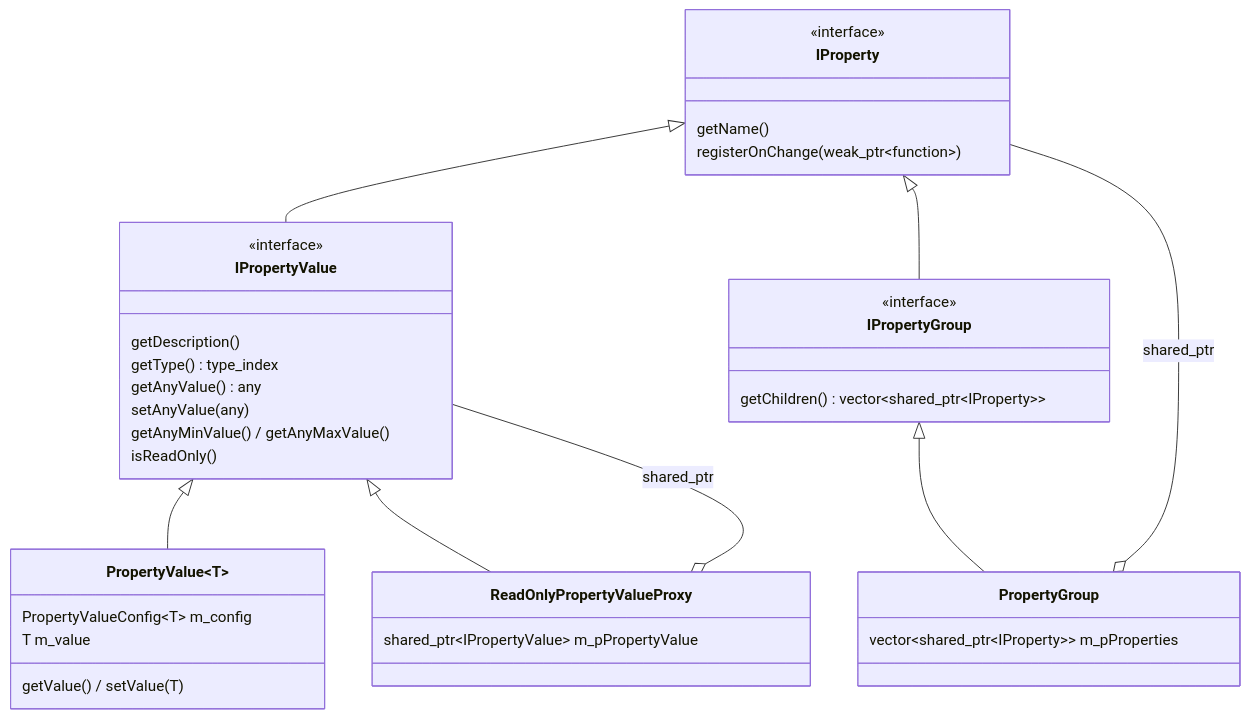
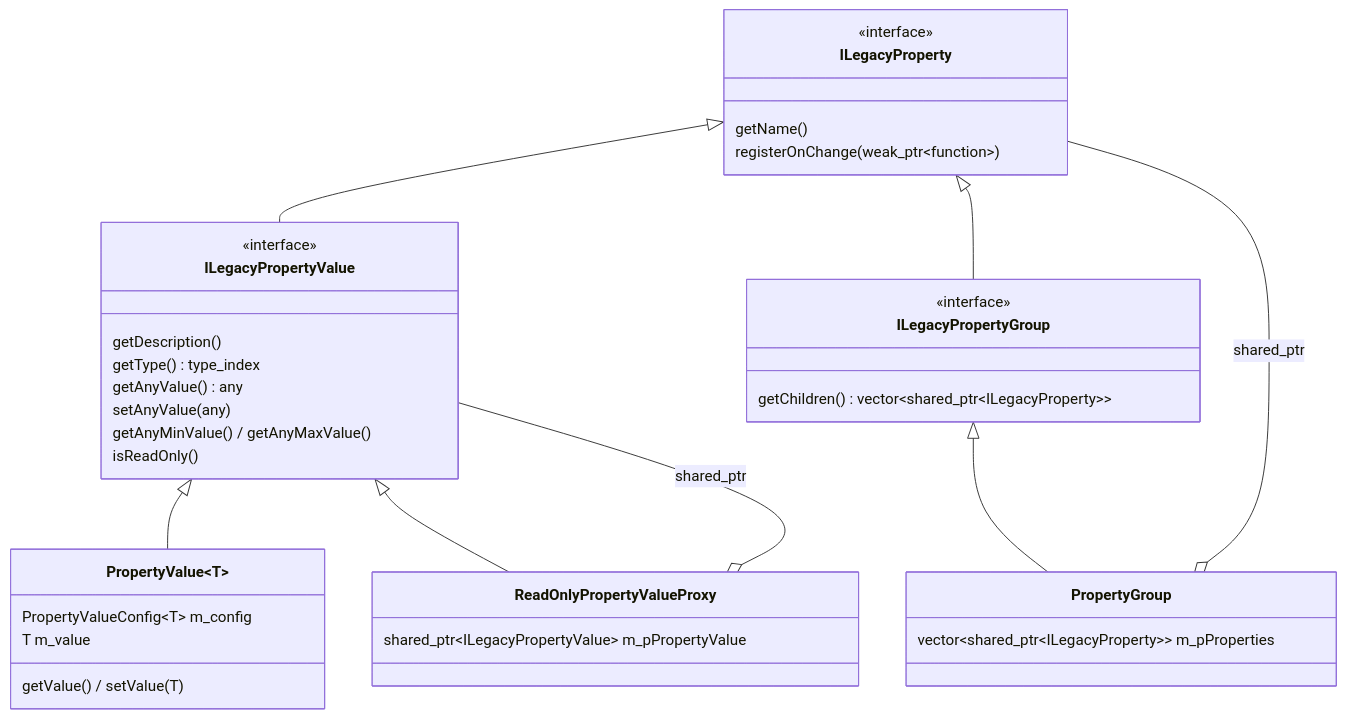
Before and after one commit to lmt-dev-inc/icymoon: the diagram in docs/architecture/properties.md, drawn with Mermaid. The commit also changed other lines of this file and 28 other files, not shown here.

````diff
--- a/docs/architecture/properties.md
+++ b/docs/architecture/properties.md
@@ -35,40 +35,40 @@
 ```mermaid
 classDiagram
     direction TB
-    class IProperty {
+    class ILegacyProperty {
         <<interface>>
         getName()
         registerOnChange(weak_ptr~function~)
     }
-    class IPropertyValue {
+    class ILegacyPropertyValue {
         <<interface>>
         getDescription()
         getType() type_index
         getAnyValue() any
         setAnyValue(any)
         getAnyMinValue() / getAnyMaxValue()
         isReadOnly()
     }
-    class IPropertyGroup {
+    class ILegacyPropertyGroup {
         <<interface>>
-        getChildren() vector~shared_ptr~IProperty~~
+        getChildren() vector~shared_ptr~ILegacyProperty~~
     }
     class PropertyValue~T~ {
         PropertyValueConfig~T~ m_config
         T m_value
         getValue() / setValue(T)
     }
     class ReadOnlyPropertyValueProxy {
-        shared_ptr~IPropertyValue~ m_pPropertyValue
+        shared_ptr~ILegacyPropertyValue~ m_pPropertyValue
     }
     class PropertyGroup {
-        vector~shared_ptr~IProperty~~ m_pProperties
+        vector~shared_ptr~ILegacyProperty~~ m_pProperties
     }
-    IProperty <|-- IPropertyValue
-    IProperty <|-- IPropertyGroup
-    IPropertyValue <|-- PropertyValue~T~
-    IPropertyValue <|-- ReadOnlyPropertyValueProxy
-    IPropertyGroup <|-- PropertyGroup
-    ReadOnlyPropertyValueProxy o-- IPropertyValue : shared_ptr
-    PropertyGroup o-- IProperty : shared_ptr
+    ILegacyProperty <|-- ILegacyPropertyValue
+    ILegacyProperty <|-- ILegacyPropertyGroup
+    ILegacyPropertyValue <|-- PropertyValue~T~
+    ILegacyPropertyValue <|-- ReadOnlyPropertyValueProxy
+    ILegacyPropertyGroup <|-- PropertyGroup
+    ReadOnlyPropertyValueProxy o-- ILegacyPropertyValue : shared_ptr
+    PropertyGroup o-- ILegacyProperty : shared_ptr
 ```
````
